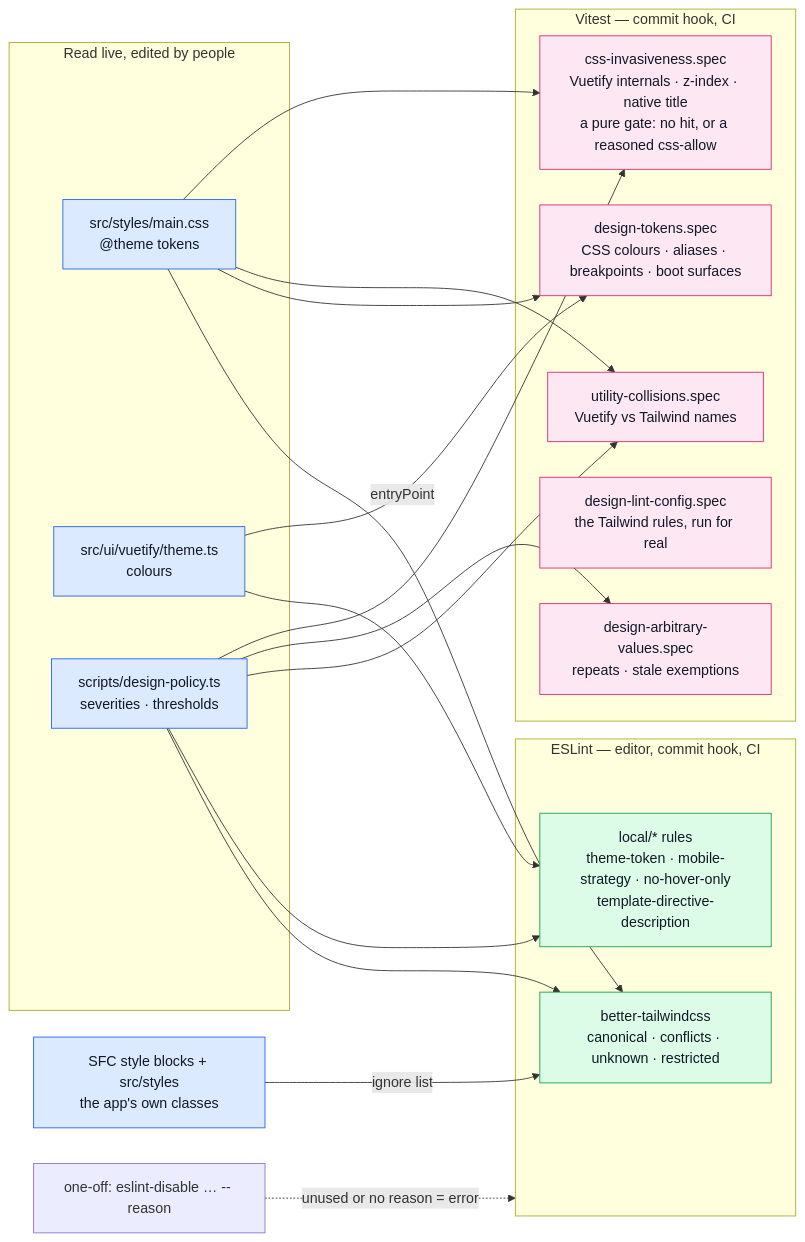
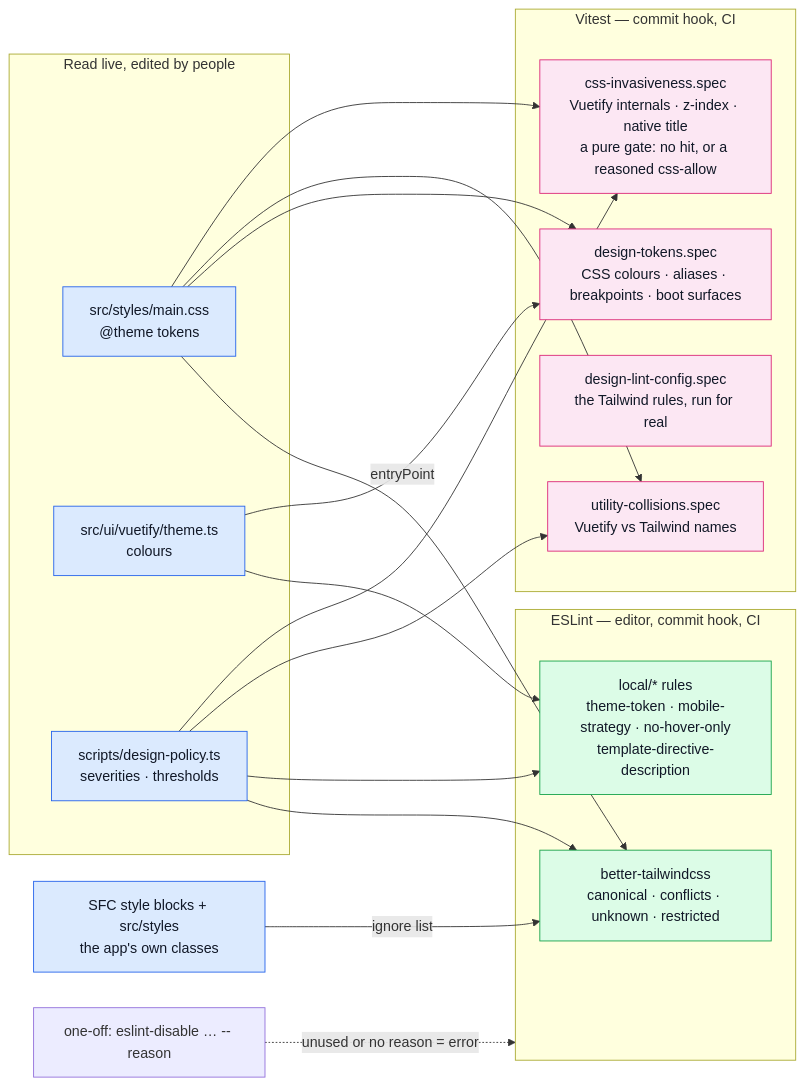
Before and after one commit to Guebbit/boilerplate-vue-frontend: the first of 2 diagrams in docs/tools/design-lint.md, drawn with Mermaid. The commit also changed other lines of this file and 4 other files, not shown here.

First line of the commit message:
refactor(design-lint): cut the arbitrary-class repeat spec and its limit knob

````diff
--- a/docs/tools/design-lint.md
+++ b/docs/tools/design-lint.md
@@ -9,43 +9,41 @@
 ```mermaid
 %%{init: {'flowchart': {'nodeSpacing': 40, 'rankSpacing': 55}}}%%
 flowchart LR
     subgraph Truth["Read live, edited by people"]
         CSS["src/styles/main.css<br/>@theme tokens"]
         Theme["src/ui/vuetify/theme.ts<br/>colours"]
         Policy["scripts/design-policy.ts<br/>severities · thresholds"]
     end
 
     subgraph Lint["ESLint — editor, commit hook, CI"]
         BTW["better-tailwindcss<br/>canonical · conflicts · unknown · restricted"]
         Local["local/* rules<br/>theme-token · mobile-strategy · no-hover-only<br/>template-directive-description"]
     end
 
     subgraph Specs["Vitest — commit hook, CI"]
         Tok["design-tokens.spec<br/>CSS colours · aliases · breakpoints · boot surfaces"]
         Col["utility-collisions.spec<br/>Vuetify vs Tailwind names"]
-        Arb["design-arbitrary-values.spec<br/>repeats · stale exemptions"]
         Cfg["design-lint-config.spec<br/>the Tailwind rules, run for real"]
         Inv["css-invasiveness.spec<br/>Vuetify internals · z-index · native title<br/>a pure gate: no hit, or a reasoned css-allow"]
     end
 
     CSS -->|entryPoint| BTW
     CSS --> Tok
     CSS --> Col
     CSS --> Inv
     Styles["SFC style blocks + src/styles<br/>the app's own classes"] -->|ignore list| BTW
     Theme --> Local
     Theme --> Tok
     Policy --> BTW
     Policy --> Local
     Policy --> Col
-    Policy --> Arb
     Policy --> Inv
     Hatch["one-off: eslint-disable … -- reason"] -.->|"unused or no reason = error"| Lint
 
     classDef src fill:#dbeafe,stroke:#2563eb,color:#111827;
     classDef lint fill:#dcfce7,stroke:#16a34a,color:#111827;
     classDef spec fill:#fce7f3,stroke:#db2777,color:#111827;
     class CSS,Theme,Policy,Styles src;
     class BTW,Local lint;
-    class Tok,Col,Arb,Cfg,Inv spec;
+    class Tok,Col,Cfg,Inv spec;
 ```
````
